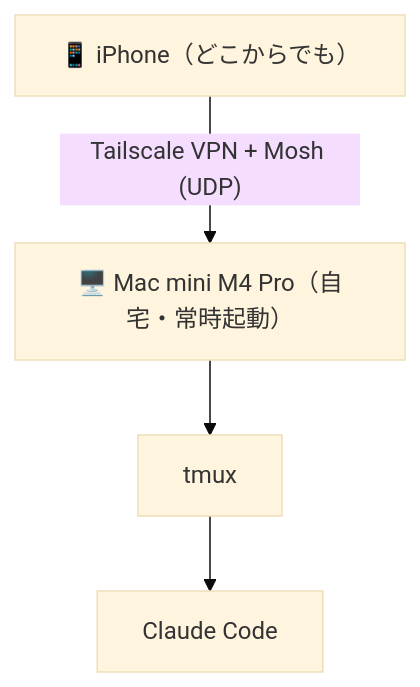
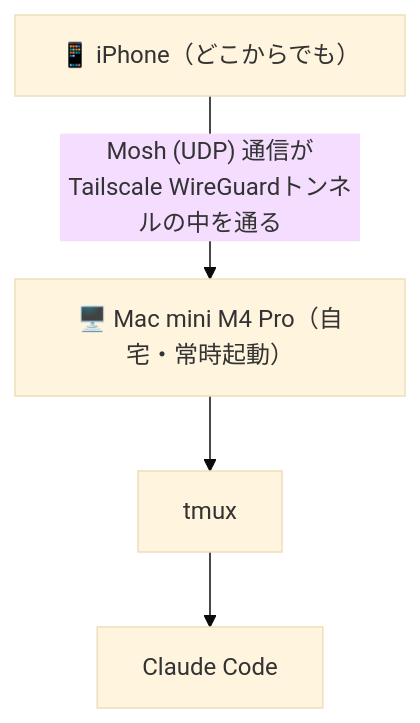
One commit to anago262/tech-articles changed the first of 3 diagrams in moshi-qiita-article.md. Above: the diagram before and after it, drawn with Mermaid (base theme). The commit also changed other lines of this file and 4 other files, not shown here.

````diff
--- a/moshi-qiita-article.md
+++ b/moshi-qiita-article.md
@@ -12,6 +12,8 @@
 ```mermaid
 graph TD
-    A["📱 iPhone（どこからでも）"] -->|"Tailscale VPN + Mosh (UDP)"| B["🖥️ Mac mini M4 Pro（自宅・常時起動）"]
+    A["📱 iPhone（どこからでも）"]
+    B["🖥️ Mac mini M4 Pro（自宅・常時起動）"]
+    A -->|"Mosh (UDP) 通信が<br/>Tailscale WireGuardトンネルの中を通る"| B
     B --> C["tmux"]
     C --> D["Claude Code"]
 ```
````
